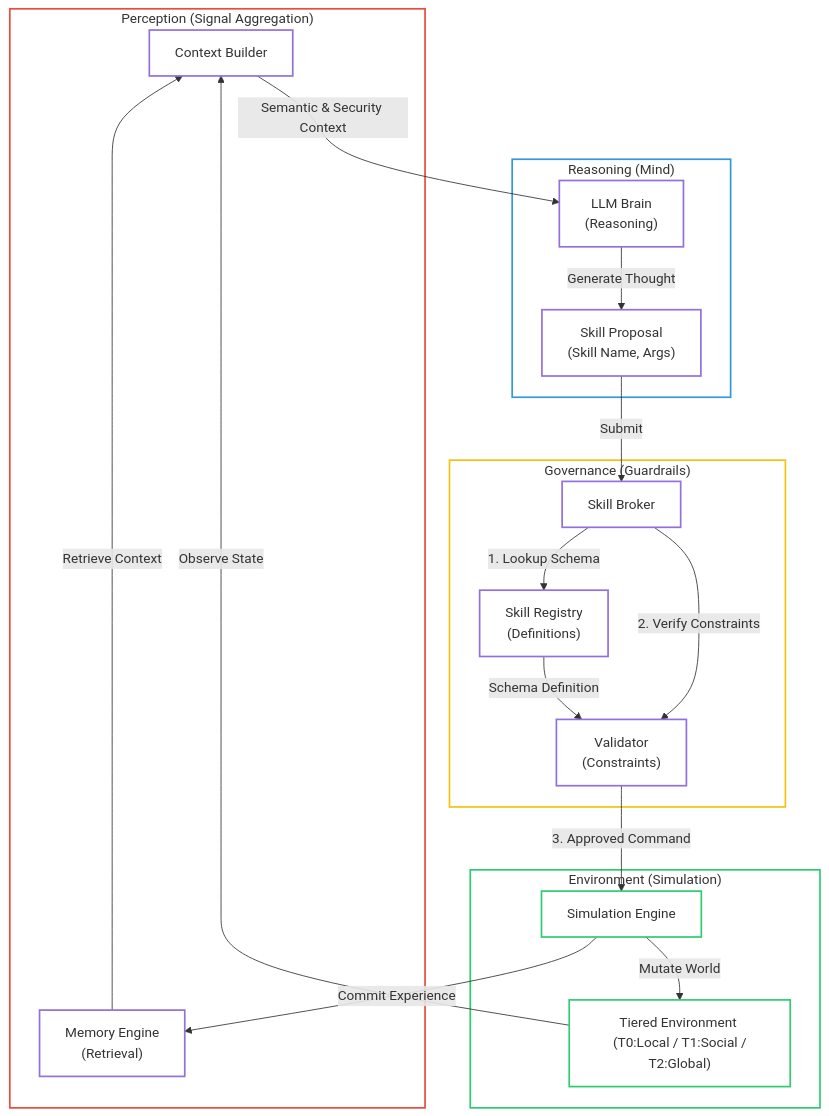
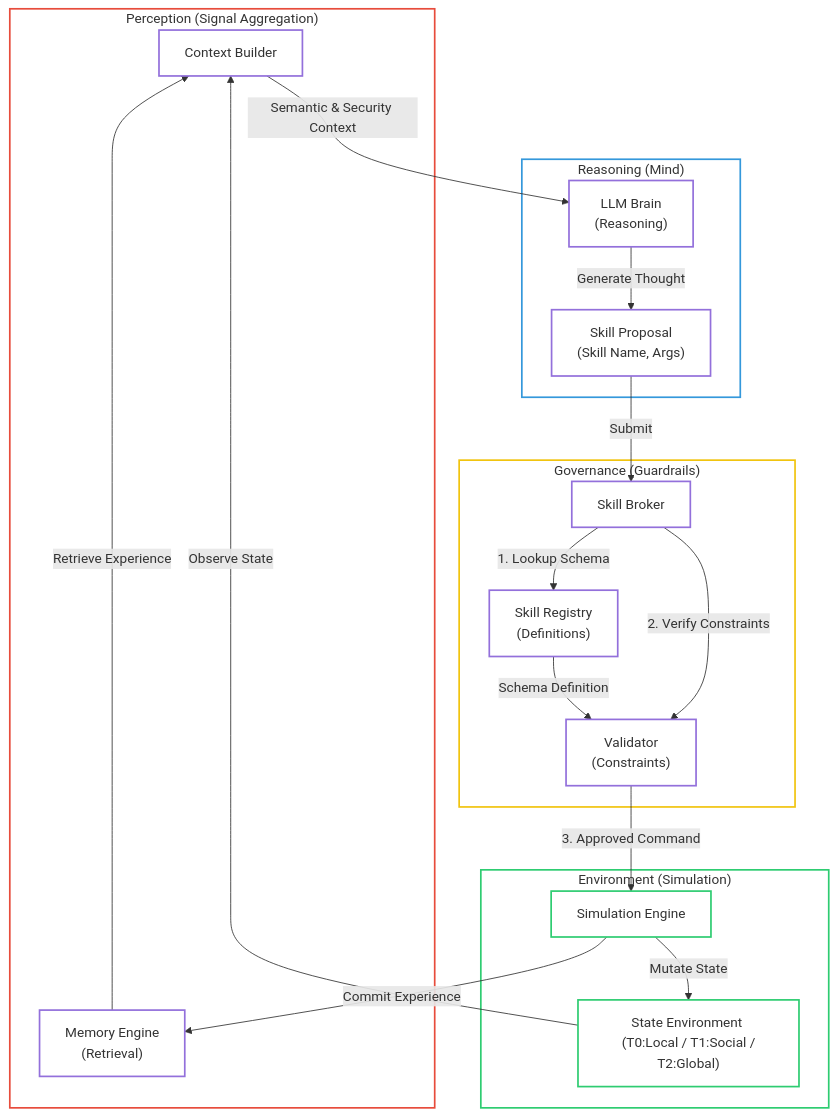
One commit to WenyuChiou/WAGF changed the diagram in docs/architecture.md. Above: the diagram before and after it, drawn with Mermaid. The commit also changed other lines of this file and 42 other files, not shown here.

````diff
--- a/docs/architecture.md
+++ b/docs/architecture.md
@@ -183,62 +185,62 @@
 ```mermaid
 graph TD
     %% Base Styles: Minimalist White with Colored Borders
     classDef whiteNode fill:#fff,stroke-width:2px;
     classDef perception stroke:#e74c3c,stroke-width:2px,stroke-dasharray: 5 5;
     classDef reasoning stroke:#3498db,stroke-width:2px,stroke-dasharray: 5 5;
     classDef governance stroke:#f1c40f,stroke-width:2px,stroke-dasharray: 5 5;
     classDef world stroke:#2ecc71,stroke-width:2px;
 
     %% --- Layer: Perception ---
     subgraph Perception_Layer ["Perception (Signal Aggregation)"]
         style Perception_Layer fill:none,stroke:#e74c3c,stroke-width:2px
         CB["Context Builder"]:::whiteNode
         ME["Memory Engine \n (Retrieval)"]:::whiteNode
     end
 
     %% --- Layer: Reasoning ---
     subgraph Reasoning_Layer ["Reasoning (Mind)"]
         style Reasoning_Layer fill:none,stroke:#3498db,stroke-width:2px
         LLM["LLM Brain \n (Reasoning)"]:::whiteNode
         Proposal["Skill Proposal \n (Skill Name, Args)"]:::whiteNode
     end
 
     %% --- Layer: Governance ---
     subgraph Governance_Layer ["Governance (Guardrails)"]
         style Governance_Layer fill:none,stroke:#f1c40f,stroke-width:2px
         Broker["Skill Broker"]:::whiteNode
         Registry["Skill Registry \n (Definitions)"]:::whiteNode
         Validator["Validator \n (Constraints)"]:::whiteNode
     end
 
     %% --- Layer: Environment ---
     subgraph World_Layer ["Environment (Simulation)"]
         style World_Layer fill:none,stroke:#2ecc71,stroke-width:2px
-        Env["Tiered Environment \n (T0:Local / T1:Social / T2:Global)"]:::whiteNode
+        Env["State Environment \n (T0:Local / T1:Social / T2:Global)"]:::whiteNode
         Engine["Simulation Engine"]:::whiteNode
     end
 
     %% --- The Unified Information Flow ---
 
     %% 1. Perception Step
     Env -->|Observe State| CB
-    ME -->|Retrieve Context| CB
+    ME -->|Retrieve Experience| CB
 
     %% 2. Reasoning Step
     CB -->|Semantic & Security Context| LLM
     LLM -->|Generate Thought| Proposal
 
     %% 3. Governance Step
     Proposal -->|Submit| Broker
     Broker -->|1. Lookup Schema| Registry
     Registry -->|Schema Definition| Validator
     Broker -->|2. Verify Constraints| Validator
 
     %% 4. Execution Step
     Validator -->|3. Approved Command| Engine
-    Engine -->|Mutate World| Env
+    Engine -->|Mutate State| Env
     Engine -->|Commit Experience| ME
 
     %% Apply Styles
     class Env,Engine world;
 ```
````
